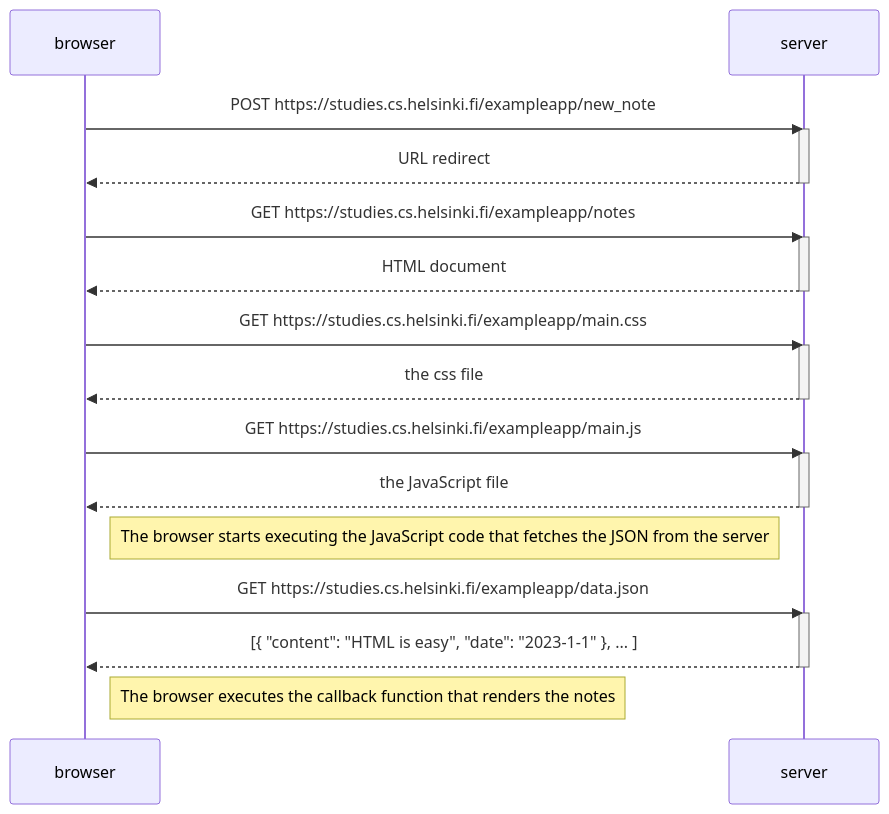
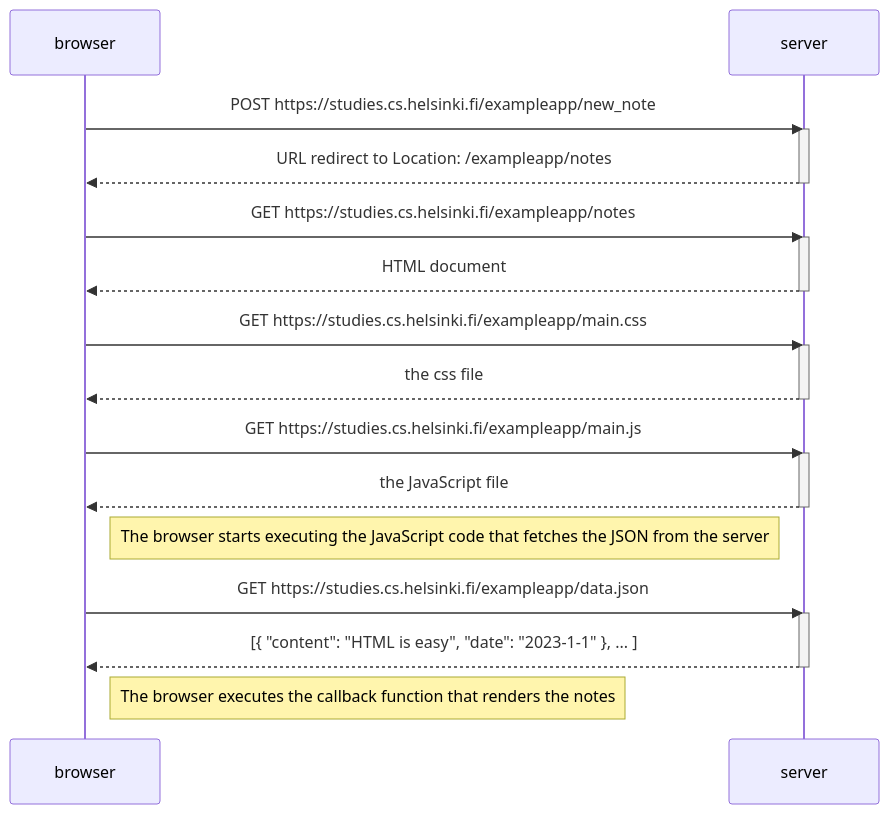
One commit to OoopZ23/fullstackopen changed the diagram in part0/exercise04.md. Above: the diagram before and after it, drawn with Mermaid.

````diff
--- a/part0/exercise04.md
+++ b/part0/exercise04.md
@@ -1,34 +1,34 @@
 ```mermaid
 sequenceDiagram
     participant browser
     participant server
 
     browser->>server: POST https://studies.cs.helsinki.fi/exampleapp/new_note
     activate server
-    server-->>browser: URL redirect
+    server-->>browser: URL redirect to Location: /exampleapp/notes
     deactivate server
 
     browser->>server: GET https://studies.cs.helsinki.fi/exampleapp/notes
     activate server
     server-->>browser: HTML document
     deactivate server
 
     browser->>server: GET https://studies.cs.helsinki.fi/exampleapp/main.css
     activate server
     server-->>browser: the css file
     deactivate server
 
     browser->>server: GET https://studies.cs.helsinki.fi/exampleapp/main.js
     activate server
     server-->>browser: the JavaScript file
     deactivate server
 
     Note right of browser: The browser starts executing the JavaScript code that fetches the JSON from the server
 
     browser->>server: GET https://studies.cs.helsinki.fi/exampleapp/data.json
     activate server
     server-->>browser: [{ "content": "HTML is easy", "date": "2023-1-1" }, ... ]
     deactivate server
 
     Note right of browser: The browser executes the callback function that renders the notes
 ```
````
